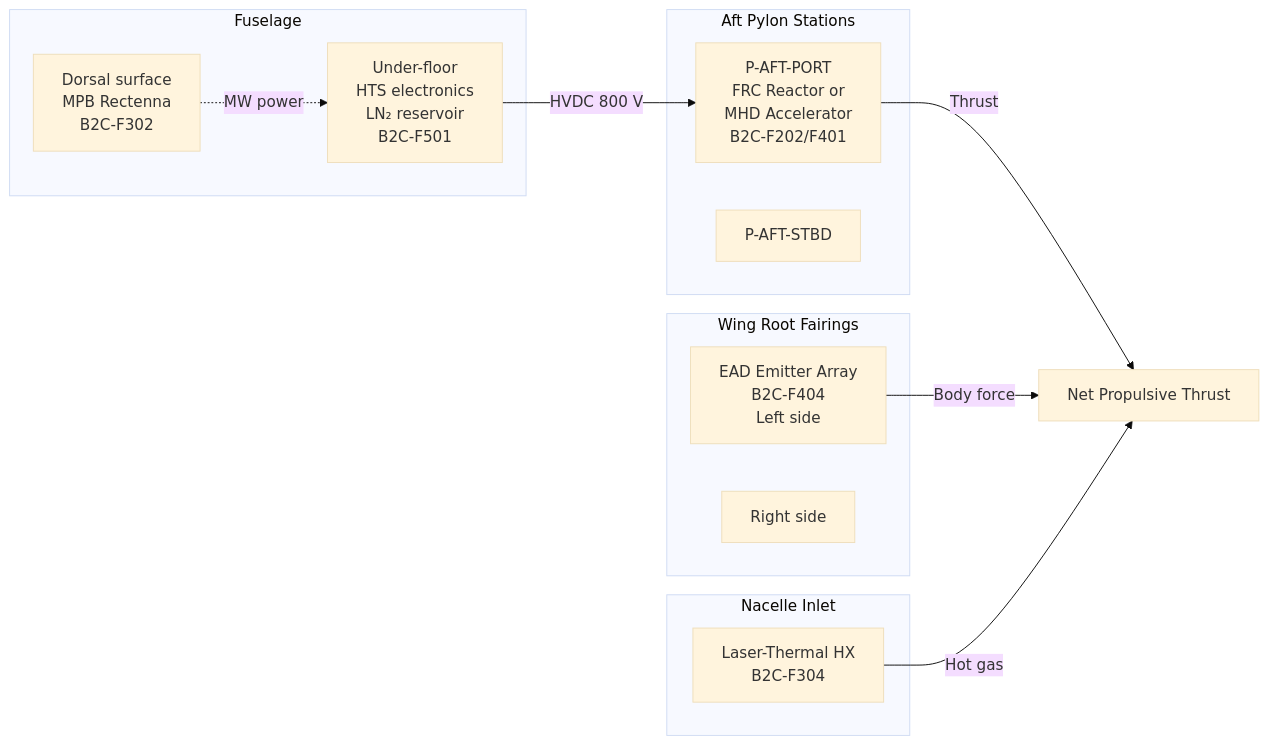
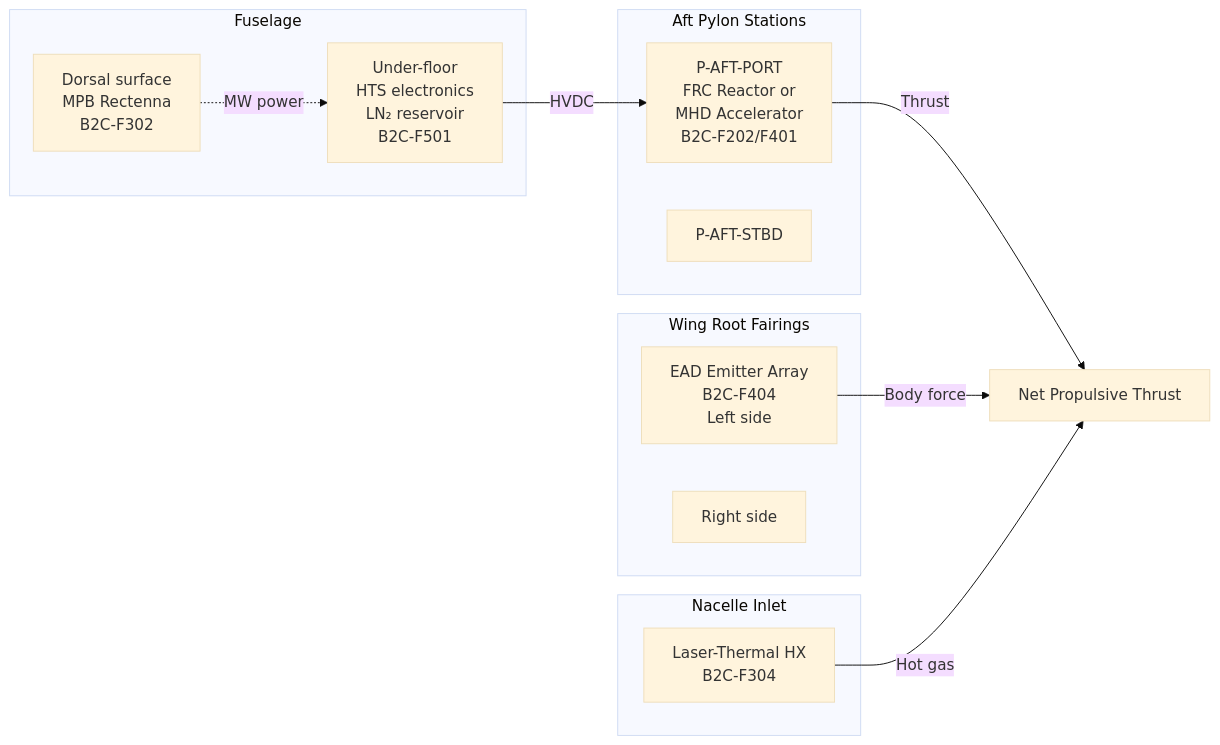
One commit to AmedeoPelliccia/Qplus-For-All-Queer-People-and-Quantum changed the diagram in Q+ATLANTIDE/000-099_ATLAS/080-089_Propulsion-Alternativa-y-Cuantica/088_Beyond-2040-Concepts-Reserved/088-060-Airframe-Integration-and-Mission-Compatibility.md. Above: the diagram before and after it, drawn with Mermaid (base theme). The commit also changed other lines of this file and 676 other files, not shown here.

````diff
--- a/Q+ATLANTIDE/000-099_ATLAS/080-089_Propulsion-Alternativa-y-Cuantica/088_Beyond-2040-Concepts-Reserved/088-060-Airframe-Integration-and-Mission-Compatibility.md
+++ b/Q+ATLANTIDE/000-099_ATLAS/080-089_Propulsion-Alternativa-y-Cuantica/088_Beyond-2040-Concepts-Reserved/088-060-Airframe-Integration-and-Mission-Compatibility.md
@@ -153,23 +156,23 @@
 ```mermaid
 flowchart LR
     subgraph FUSE[Fuselage]
         DORSAL[Dorsal surface\nMPB Rectenna\nB2C-F302]
         UNDERFLOOR[Under-floor\nHTS electronics\nLN₂ reservoir\nB2C-F501]
     end
     subgraph PYLONS[Aft Pylon Stations]
         AFT_P[P-AFT-PORT\nFRC Reactor or\nMHD Accelerator\nB2C-F202/F401]
         AFT_S[P-AFT-STBD]
     end
     subgraph WING[Wing Root Fairings]
         EAD_L[EAD Emitter Array\nB2C-F404\nLeft side]
         EAD_R[Right side]
     end
     subgraph ENG[Nacelle Inlet]
         LASER[Laser-Thermal HX\nB2C-F304]
     end
     DORSAL -.->|MW power| UNDERFLOOR
-    UNDERFLOOR -->|HVDC 800 V| AFT_P
+    UNDERFLOOR -->|HVDC <NOMINAL-VOLTAGE>| AFT_P
     AFT_P -->|Thrust| PROP[Net Propulsive Thrust]
     EAD_L -->|Body force| PROP
     LASER -->|Hot gas| PROP
 ```
````
